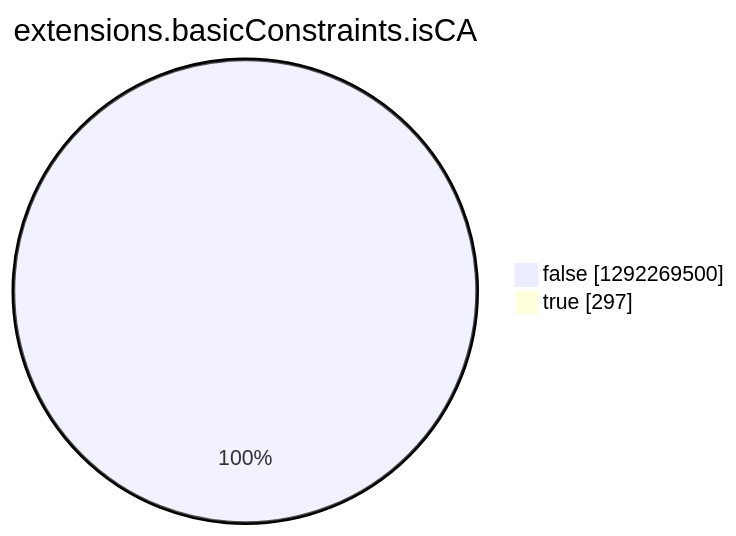
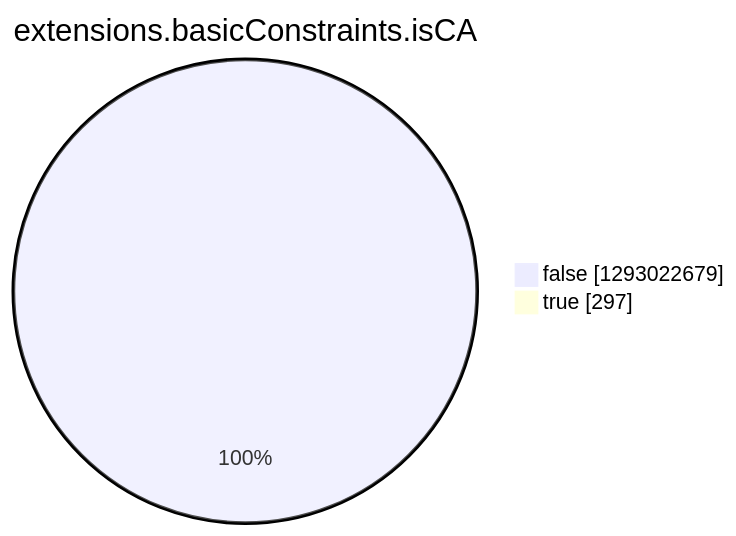
One commit to christiankrug/ctmonitor_visualization changed the eighth of 15 diagrams in argon2022/README.md. Above: the diagram before and after it, drawn with Mermaid. The commit also changed other lines of this file, not shown here.

````diff
--- a/argon2022/README.md
+++ b/argon2022/README.md
@@ -2756,6 +2756,6 @@
 ```mermaid
 pie showData
 title extensions.basicConstraints.isCA
-"false" :1292269500
+"false" :1293022679
 "true" :297
 ```
````
